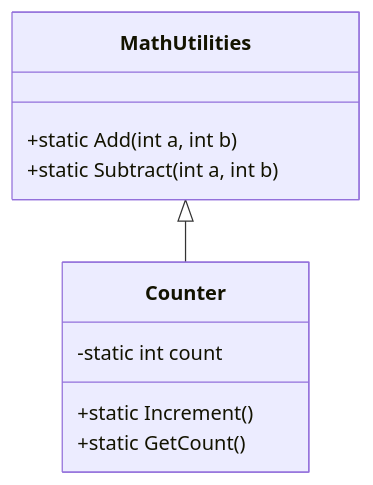
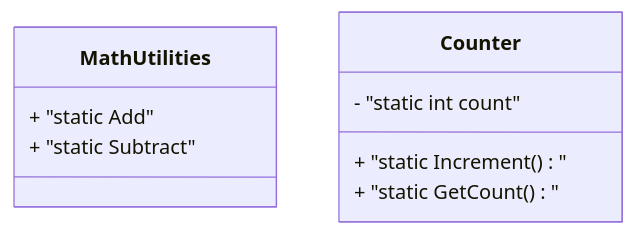
One commit to 42jerrykim/42jerrykim.github.io changed the eighth of 17 diagrams in content/post/2024/2024-10-16-csharp-object-oriented/index.md. Above: the diagram before and after it, drawn with Mermaid. The commit also changed other lines of this file and 239 other files, not shown here.

````diff
--- a/content/post/2024/2024-10-16-csharp-object-oriented/index.md
+++ b/content/post/2024/2024-10-16-csharp-object-oriented/index.md
@@ -919,15 +783,12 @@
 ```mermaid
 classDiagram
     class MathUtilities {
-        +static Add(int a, int b)
-        +static Subtract(int a, int b)
+        + "static Add"
+        + "static Subtract"
     }
-
     class Counter {
-        -static int count
-        +static Increment()
-        +static GetCount()
+        - "static int count"
+        + "static Increment()"
+        + "static GetCount()"
     }
-
-    MathUtilities <|-- Counter
 ```
````
